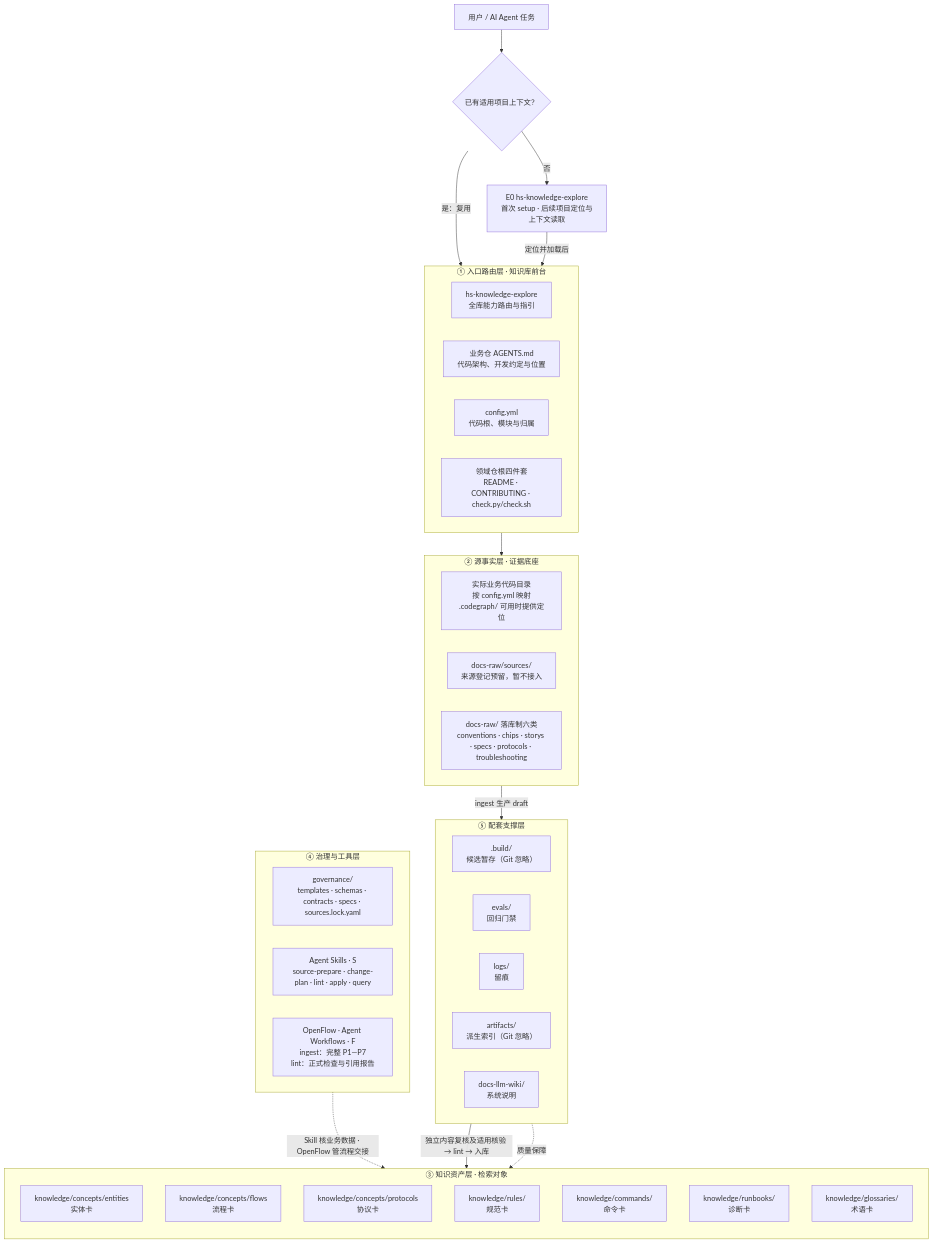
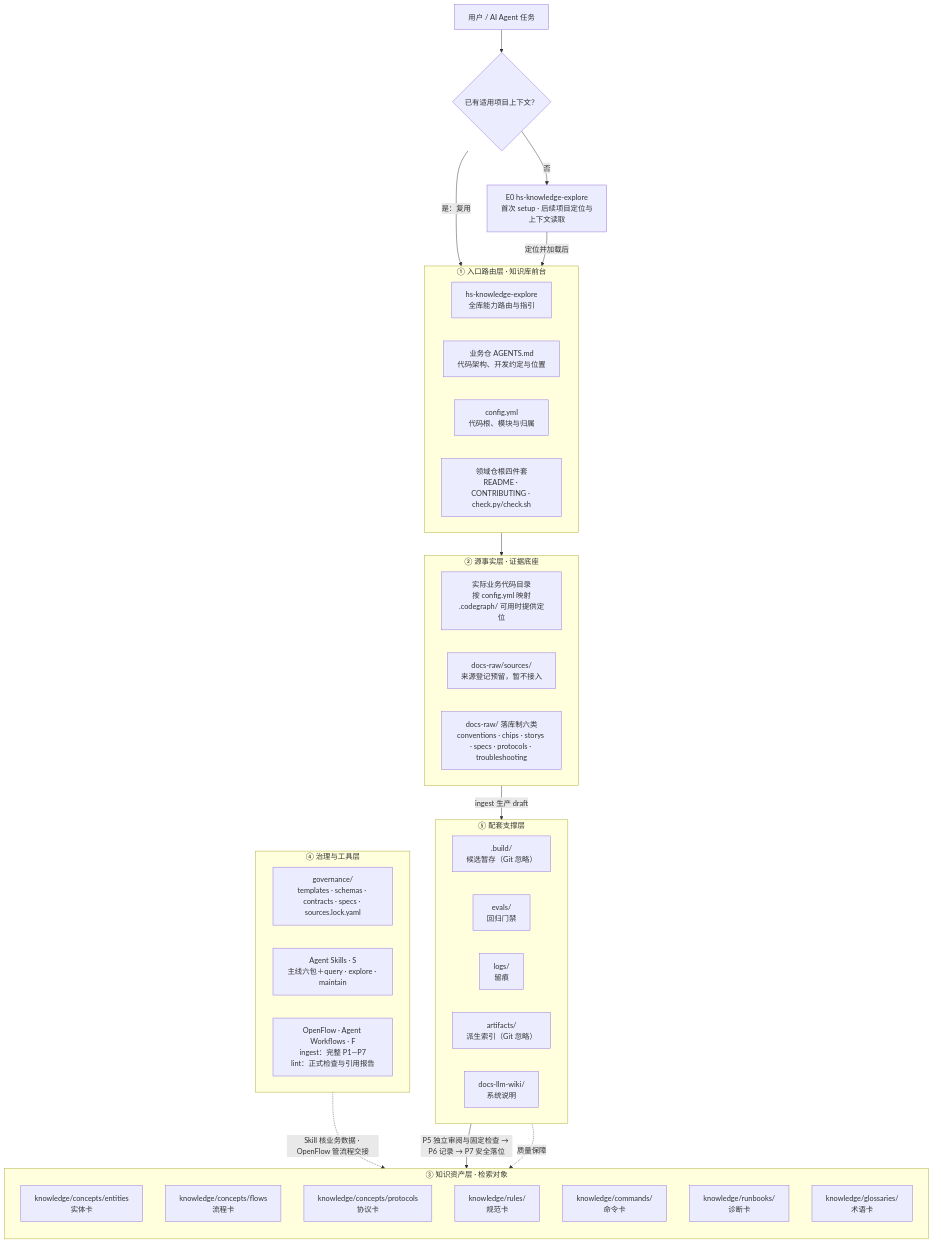
Before and after one commit to Robin-hhc/FactumCore: the first of 8 diagrams in himate-knowledge-wifi-mp/docs-llm-wiki/HiMate知识库架构设计.md, drawn with Mermaid. The commit also changed other lines of this file and 5 other files, not shown here.

````diff
--- a/himate-knowledge-wifi-mp/docs-llm-wiki/HiMate知识库架构设计.md
+++ b/himate-knowledge-wifi-mp/docs-llm-wiki/HiMate知识库架构设计.md
@@ -123,58 +123,58 @@
 ```mermaid
 flowchart TB
     U["用户 / AI Agent 任务"]
     C0{"已有适用项目上下文？"}
     E0["E0 hs-knowledge-explore<br />首次 setup · 后续项目定位与上下文读取"]
 
     subgraph S1["① 入口路由层 · 知识库前台"]
         direction LR
         A1["hs-knowledge-explore<br />全库能力路由与指引"]
         A2["业务仓 AGENTS.md<br />代码架构、开发约定与位置"]
         A3["config.yml<br />代码根、模块与归属"]
         A4["领域仓根四件套<br />README · CONTRIBUTING · check.py/check.sh"]
     end
 
     subgraph S2["② 源事实层 · 证据底座"]
         direction LR
         B1["实际业务代码目录<br />按 config.yml 映射<br />.codegraph/ 可用时提供定位"]
         B2["docs-raw/sources/<br />来源登记预留，暂不接入"]
         B3["docs-raw/ 落库制六类<br />conventions · chips · storys · specs · protocols · troubleshooting"]
     end
 
     subgraph S3["③ 知识资产层 · 检索对象"]
         direction TB
         C1["knowledge/concepts/entities<br />实体卡"]
         C2["knowledge/concepts/flows<br />流程卡"]
         C3["knowledge/concepts/protocols<br />协议卡"]
         C4["knowledge/rules/<br />规范卡"]
         C5["knowledge/commands/<br />命令卡"]
         C6["knowledge/runbooks/<br />诊断卡"]
         C7["knowledge/glossaries/<br />术语卡"]
     end
 
     subgraph S4["④ 治理与工具层"]
         direction LR
         D1["governance/<br />templates · schemas · contracts · specs · sources.lock.yaml"]
-        D2["Agent Skills · S<br />source-prepare · change-plan · lint · apply · query"]
+        D2["Agent Skills · S<br />主线六包＋query · explore · maintain"]
         D3["OpenFlow · Agent Workflows · F<br />ingest：完整 P1—P7<br />lint：正式检查与引用报告"]
     end
 
     subgraph S5["⑤ 配套支撑层"]
         direction LR
         E1[".build/<br />候选暂存（Git 忽略）"]
         E2["evals/<br />回归门禁"]
         E3["logs/<br />留痕"]
         E4["artifacts/<br />派生索引（Git 忽略）"]
         E5["docs-llm-wiki/<br />系统说明"]
     end
 
     U --> C0
     C0 -->|"是：复用"| S1
     C0 -->|"否"| E0
     E0 -->|"定位并加载后"| S1
     S1 --> S2
     S2 -->|"ingest 生产 draft"| E1
-    E1 -->|"独立内容复核及适用核验 → lint → 入库"| S3
+    E1 -->|"P5 独立审阅与固定检查 → P6 记录 → P7 安全落位"| S3
     S4 -.->|"Skill 核业务数据 · OpenFlow 管流程交接"| S3
     S5 -.->|"质量保障"| S3
 ```
````
